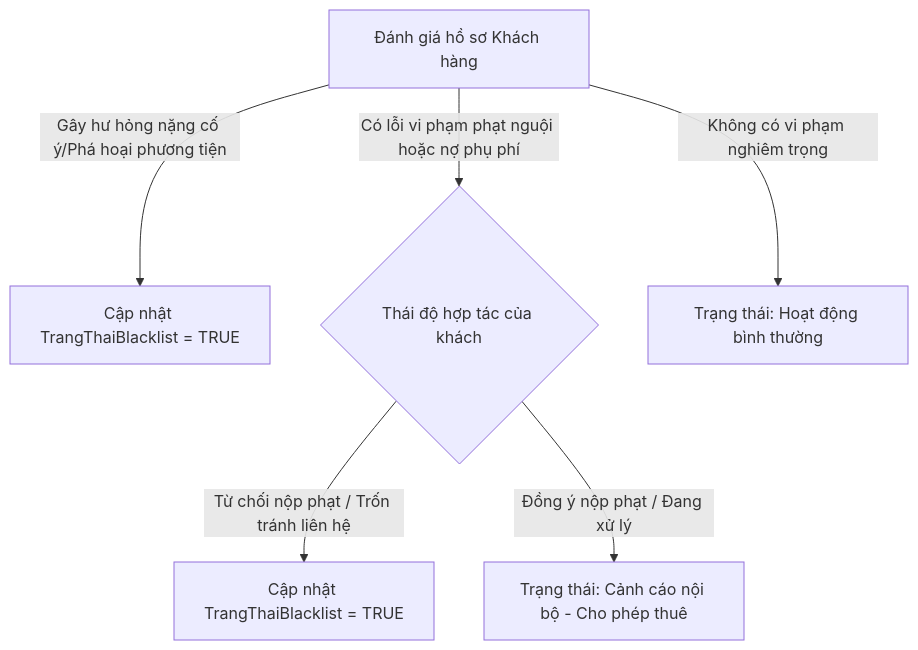
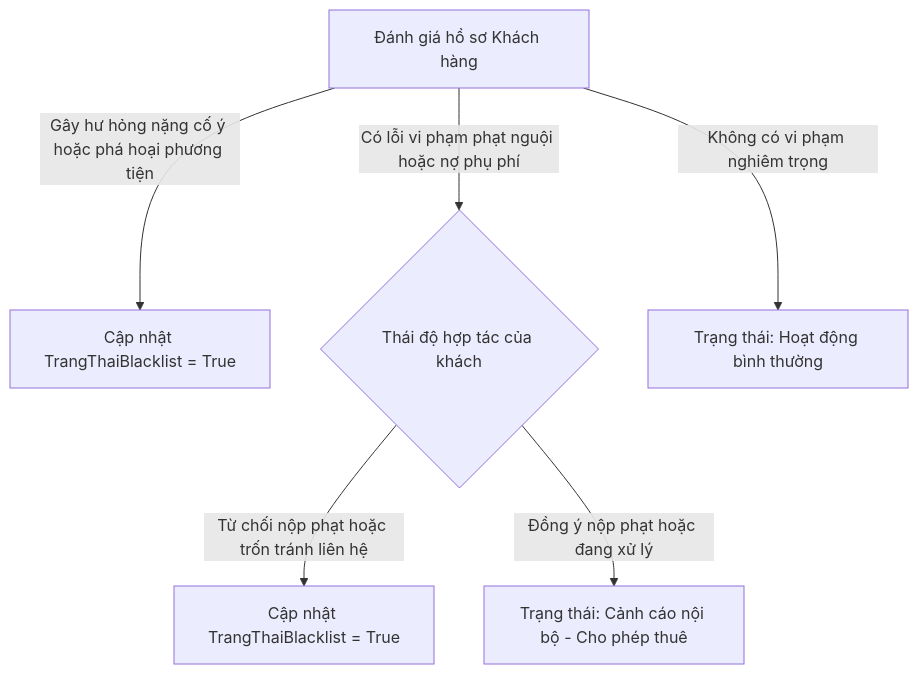
One commit to Vqd2k6/SAD-UTH changed diagram 15 of 16 in docs/BaoCao_DeTaiNhom_PTTKHT.md. Above: the diagram before and after it, drawn with Mermaid. The commit also changed other lines of this file and 1 other file, not shown here.

Commit message:
docs: fix Mermaid syntax errors in decision trees and add missing early return decision tree

````diff
--- a/docs/BaoCao_DeTaiNhom_PTTKHT.md
+++ b/docs/BaoCao_DeTaiNhom_PTTKHT.md
@@ -1884,8 +1894,8 @@
 ```mermaid
 graph TD
-    A["Đánh giá hồ sơ Khách hàng"] -->|Gây hư hỏng nặng cố ý/Phá hoại phương tiện| B["Cập nhật TrangThaiBlacklist = TRUE"]
-    A -->|Có lỗi vi phạm phạt nguội hoặc nợ phụ phí| C{"Thái độ hợp tác của khách"}
-    C -->|Từ chối nộp phạt / Trốn tránh liên hệ| D["Cập nhật TrangThaiBlacklist = TRUE"]
-    C -->|Đồng ý nộp phạt / Đang xử lý| E["Trạng thái: Cảnh cáo nội bộ - Cho phép thuê"]
-    A -->|Không có vi phạm nghiêm trọng| F["Trạng thái: Hoạt động bình thường"]
+    A["Đánh giá hồ sơ Khách hàng"] -->|"Gây hư hỏng nặng cố ý hoặc phá hoại phương tiện"| B["Cập nhật TrangThaiBlacklist = True"]
+    A -->|"Có lỗi vi phạm phạt nguội hoặc nợ phụ phí"| C{"Thái độ hợp tác của khách"}
+    C -->|"Từ chối nộp phạt hoặc trốn tránh liên hệ"| D["Cập nhật TrangThaiBlacklist = True"]
+    C -->|"Đồng ý nộp phạt hoặc đang xử lý"| E["Trạng thái: Cảnh cáo nội bộ - Cho phép thuê"]
+    A -->|"Không có vi phạm nghiêm trọng"| F["Trạng thái: Hoạt động bình thường"]
 ```
````
